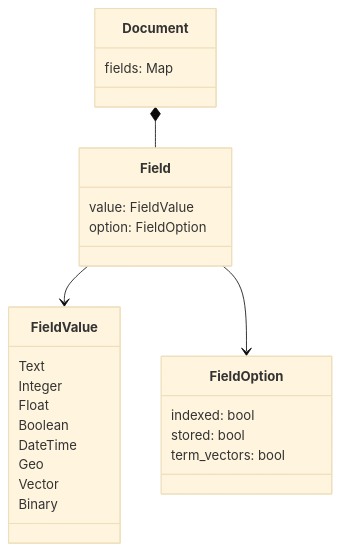
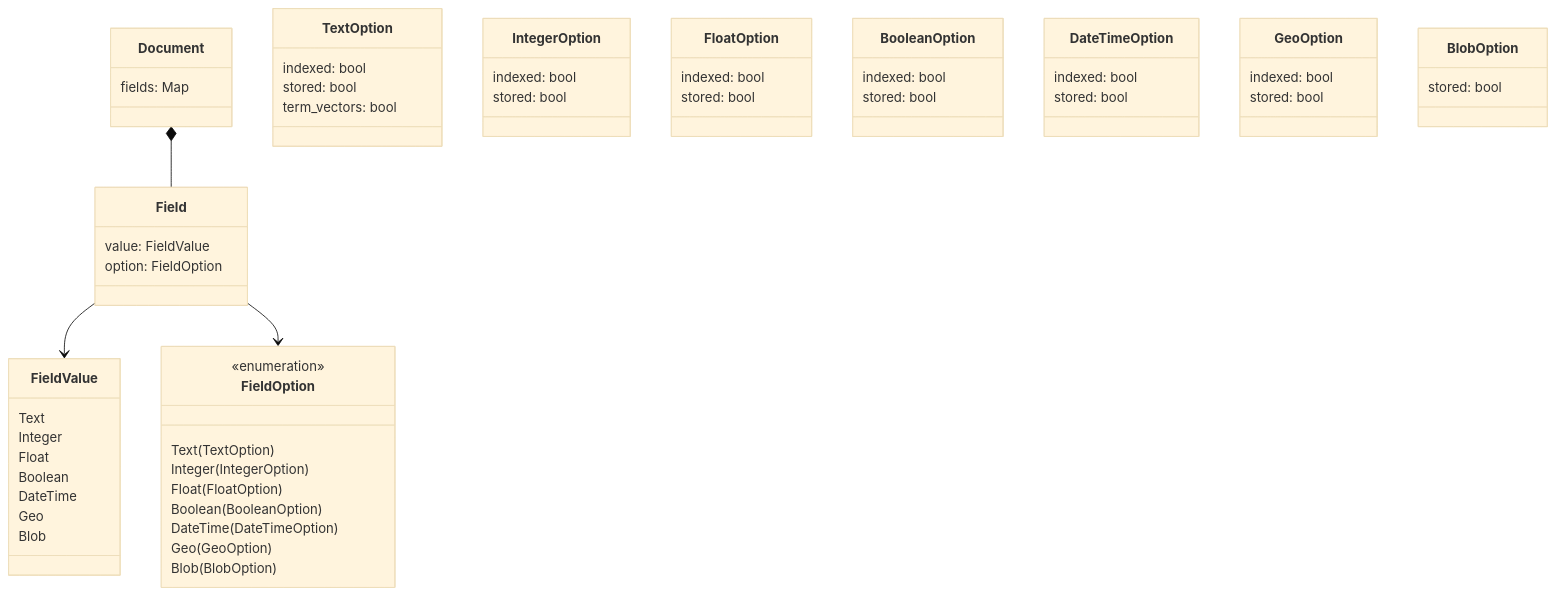
The first of 4 diagrams in docs/src/concepts/lexical_search.md (mosuka/iris), drawn with Mermaid (base theme) before and after one commit. The commit also changed other lines of this file, not shown here.

````diff
--- a/docs/src/concepts/lexical_search.md
+++ b/docs/src/concepts/lexical_search.md
@@ -10,32 +10,71 @@
 ```mermaid
 classDiagram
     class Document {
         fields: Map<String, Field>
     }
 
     class Field {
         value: FieldValue
         option: FieldOption
     }
 
     class FieldValue {
         Text
         Integer
         Float
         Boolean
         DateTime
         Geo
-        Vector
-        Binary
+        Blob
     }
 
     class FieldOption {
+        <<enumeration>>
+        Text(TextOption)
+        Integer(IntegerOption)
+        Float(FloatOption)
+        Boolean(BooleanOption)
+        DateTime(DateTimeOption)
+        Geo(GeoOption)
+        Blob(BlobOption)
+    }
+
+    class TextOption {
         indexed: bool
         stored: bool
         term_vectors: bool
+    }
+
+    class IntegerOption {
+        indexed: bool
+        stored: bool
+    }
+
+    class FloatOption {
+        indexed: bool
+        stored: bool
+    }
+
+    class BooleanOption {
+        indexed: bool
+        stored: bool
+    }
+
+    class DateTimeOption {
+        indexed: bool
+        stored: bool
+    }
+
+    class GeoOption {
+        indexed: bool
+        stored: bool
+    }
+
+    class BlobOption {
+        stored: bool
     }
 
     Document *-- Field
     Field --> FieldValue
     Field --> FieldOption
 ```
````
